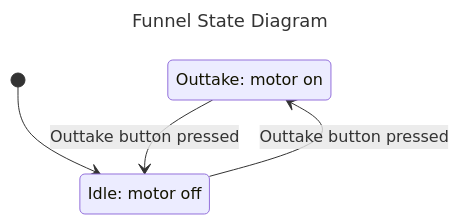
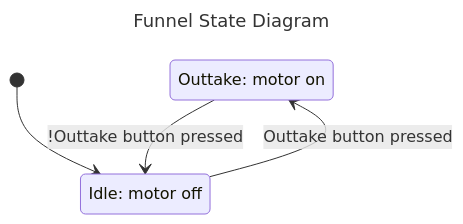
One commit to Tino-FRC-2473/FRC2025 changed the diagram in doc/FunnelFSM.md. Above: the diagram before and after it, drawn with Mermaid.

````diff
--- a/doc/FunnelFSM.md
+++ b/doc/FunnelFSM.md
@@ -3,12 +3,12 @@
 ```mermaid
 ---
 title: Funnel State Diagram
 ---
 stateDiagram-v2
   state "Outtake: motor on" as OUTTAKE
   state "Idle: motor off" as IDLE
 
   [*] --> IDLE
   IDLE --> OUTTAKE: Outtake button pressed
-  OUTTAKE --> IDLE: Outtake button pressed
+  OUTTAKE --> IDLE: !Outtake button pressed
 ```
````
